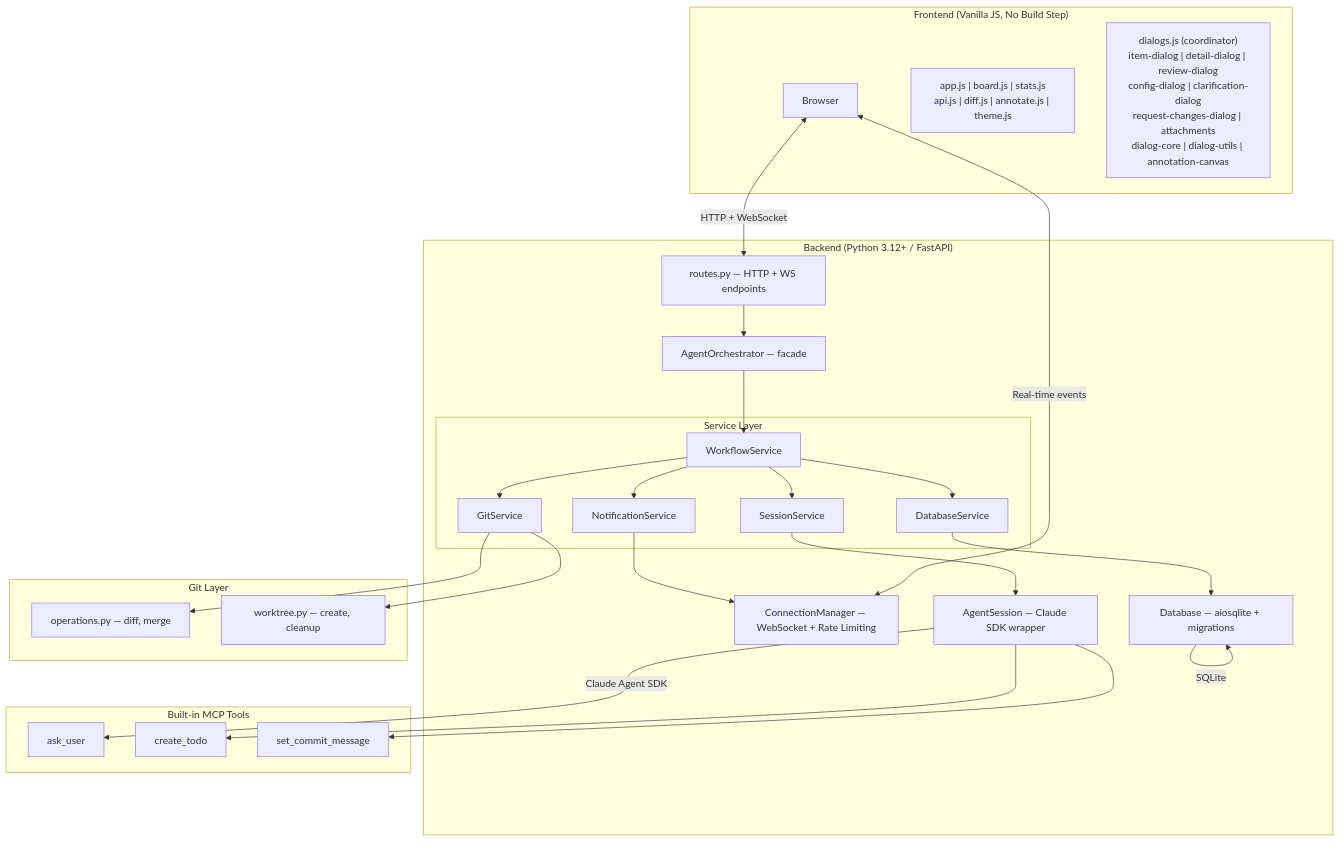
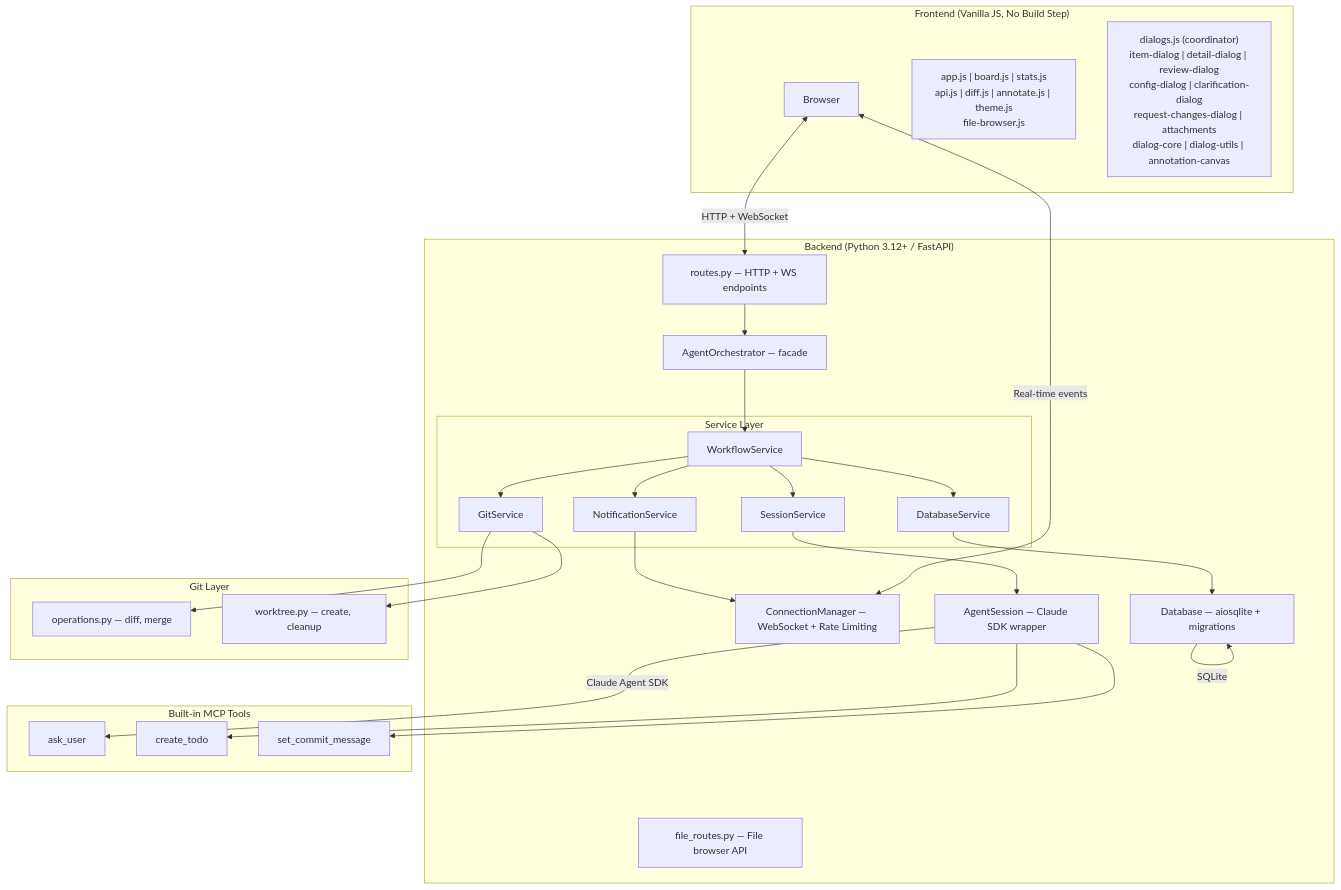
Before and after one commit to epatel/claude-agents-dashboard: the second of 4 diagrams in README.md, drawn with Mermaid. The commit also changed other lines of this file and 2 other files, not shown here.

Commit message:
Update ASSESSMENT_CODE.md, README.md, and CLAUDE.md for file browser feature

````diff
--- a/README.md
+++ b/README.md
@@ -99,52 +100,53 @@
 ```mermaid
 graph TB
     subgraph Frontend["Frontend (Vanilla JS, No Build Step)"]
         Browser["Browser"]
-        JS["app.js | board.js | stats.js<br/>api.js | diff.js | annotate.js | theme.js"]
+        JS["app.js | board.js | stats.js<br/>api.js | diff.js | annotate.js | theme.js<br/>file-browser.js"]
         Dlg["dialogs.js (coordinator)<br/>item-dialog | detail-dialog | review-dialog<br/>config-dialog | clarification-dialog<br/>request-changes-dialog | attachments<br/>dialog-core | dialog-utils | annotation-canvas"]
     end
 
     subgraph Backend["Backend (Python 3.12+ / FastAPI)"]
         Routes["routes.py — HTTP + WS endpoints"]
+        FileRoutes["file_routes.py — File browser API"]
         WSMgr["ConnectionManager — WebSocket + Rate Limiting"]
         Orch["AgentOrchestrator — facade"]
         subgraph Svc["Service Layer"]
             WF["WorkflowService"]
             DBS["DatabaseService"]
             NS["NotificationService"]
             GS["GitService"]
             SS["SessionService"]
         end
         Sess["AgentSession — Claude SDK wrapper"]
         DB["Database — aiosqlite + migrations"]
     end
 
     subgraph MCP["Built-in MCP Tools"]
         Ask["ask_user"]
         TodoTool["create_todo"]
         CommitTool["set_commit_message"]
     end
 
     subgraph GitLayer["Git Layer"]
         GitOps["operations.py — diff, merge"]
         WT["worktree.py — create, cleanup"]
     end
 
     Browser <-->|"HTTP + WebSocket"| Routes
     Routes --> Orch
     Orch --> WF
     WF --> DBS
     WF --> GS
     WF --> NS
     WF --> SS
     SS --> Sess
     DBS --> DB
     NS --> WSMgr
     WSMgr <-->|"Real-time events"| Browser
     Sess -->|"Claude Agent SDK"| Ask
     Sess --> TodoTool
     Sess --> CommitTool
     DB -->|SQLite| DB
     GS --> GitOps
     GS --> WT
 ```
````
